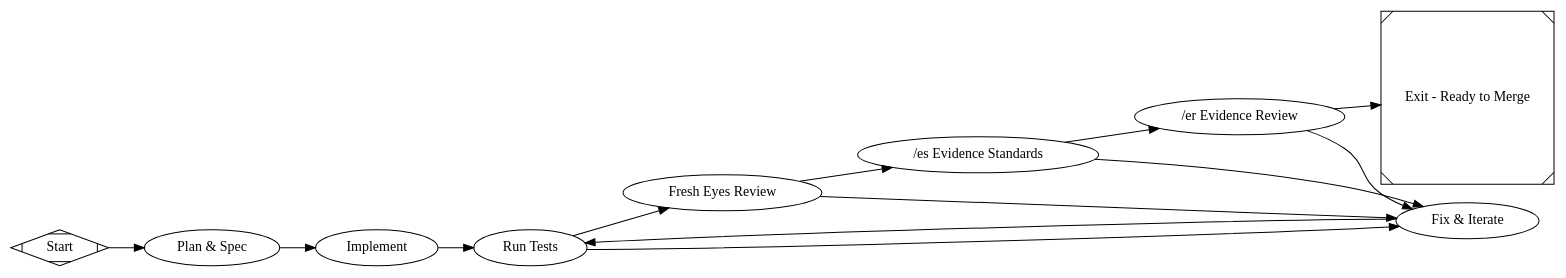
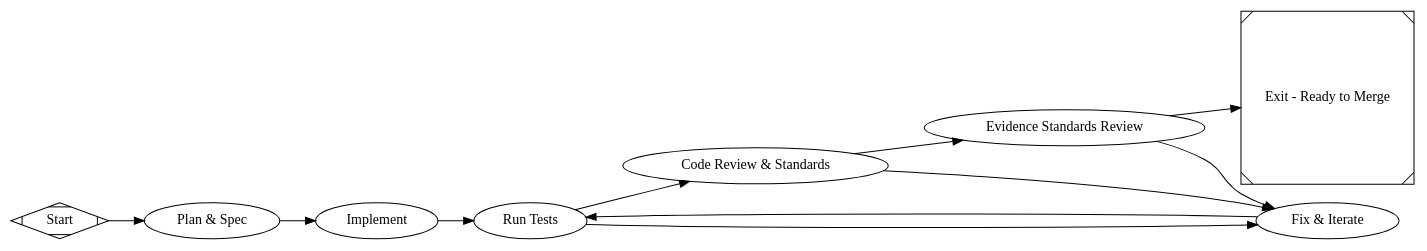
One commit to jleechanorg/dark-factory changed the diagram in pipelines/slim/minimal_pr.dot. Above: the diagram before and after it, drawn with Graphviz. The commit also changed 3 other files, not shown here.

Commit message:
feat(slim): implement repository-agnostic code standards and evidence reviewers with smart local overrides

```diff
--- a/pipelines/slim/minimal_pr.dot
+++ b/pipelines/slim/minimal_pr.dot
@@ -1,78 +1,70 @@
 digraph MinimalPRFactory {
   graph [
     goal="Iterate on an in-flight PR: passes tests, review, and evidence gates"
     rankdir=LR
     model_stylesheet="minimal_feature.model.css"
   ]
 
   start [shape=Mdiamond, label="Start"]
   exit  [shape=Msquare, label="Exit - Ready to Merge"]
 
   plan [
     type="codergen",
     label="Plan & Spec",
     class="plan",
     prompt="@prompts/slim/plan.md"
   ]
 
   implement [
     type="codergen",
     label="Implement",
     class="implement",
     prompt="@prompts/slim/implement.md",
     max_retries=2
   ]
 
   test [
     type="tool",
     label="Run Tests",
     command="${state.slim.test_command}",
     validation=true,
     goal_gate=true,
     retry_target="fix"
   ]
 
-  review [
-    type="codergen",
-    label="Fresh Eyes Review",
-    class="review",
-    prompt="@prompts/slim/review.md",
+  code_review [
+    type="gate_code_standards",
+    label="Code Review & Standards",
     goal_gate=true,
     retry_target="fix"
   ]
 
-  gate_es [
-    type="gate_es",
-    label="/es Evidence Standards"
-  ]
-
-  gate_er [
-    type="gate_er",
-    label="/er Evidence Review"
+  evidence_review [
+    type="gate_evidence_review",
+    label="Evidence Standards Review",
+    goal_gate=true,
+    retry_target="fix"
   ]
 
   fix [
     type="codergen",
     label="Fix & Iterate",
     prompt="@prompts/slim/fix.md",
     max_retries=2
   ]
 
   start -> plan
   plan -> implement
   implement -> test
 
-  test -> review [condition="outcome=success"]
+  test -> code_review [condition="outcome=success"]
   test -> fix [condition="outcome!=success"]
 
-  review -> gate_es [condition="outcome=success"]
-  review -> fix [condition="outcome!=success"]
+  code_review -> evidence_review [condition="outcome=success"]
+  code_review -> fix [condition="outcome!=success"]
 
-  gate_es -> gate_er [condition="outcome=success"]
-  gate_es -> fix [condition="outcome!=success"]
-
-  gate_er -> exit [condition="outcome=success"]
-  gate_er -> fix [condition="outcome!=success"]
+  evidence_review -> exit [condition="outcome=success"]
+  evidence_review -> fix [condition="outcome!=success"]
 
   fix -> test
 }
```
